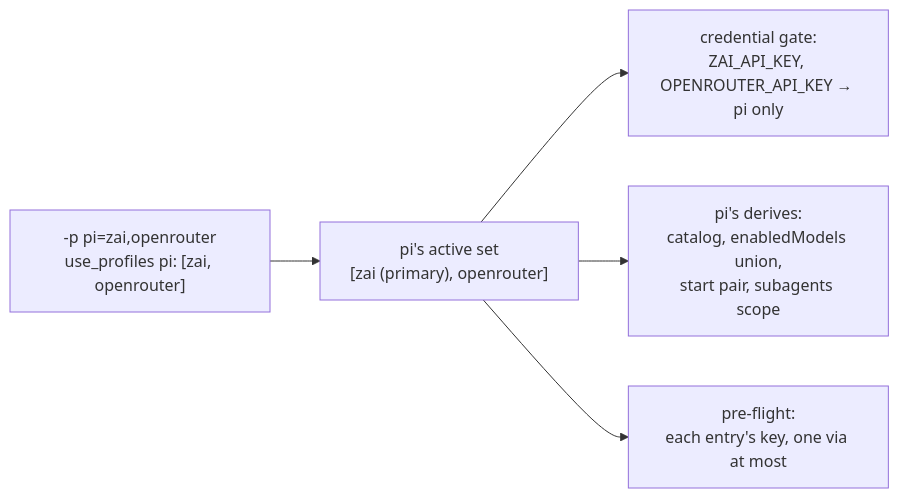
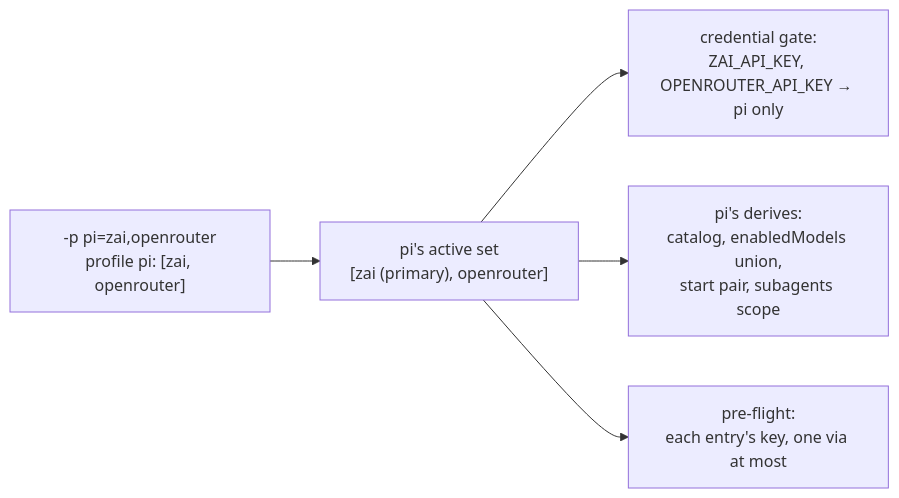
The diagram in docs/design/active-provider-sets.md (mschulkind-oss/yolo-jail), drawn with Mermaid before and after one commit. The commit also changed other lines of this file and 7 other files, not shown here.

First line of the commit message:
docs: spell the active set on the profile key, and record it as the key's list form (AP-D13, AP-D14, PP-D10)

````diff
--- a/docs/design/active-provider-sets.md
+++ b/docs/design/active-provider-sets.md
@@ -136,7 +139,7 @@
 ```mermaid
 flowchart LR
-    sel["-p pi=zai,openrouter<br/>use_profiles pi: [zai, openrouter]"] --> set["pi's active set<br/>[zai (primary), openrouter]"]
+    sel["-p pi=zai,openrouter<br/>profile pi: [zai, openrouter]"] --> set["pi's active set<br/>[zai (primary), openrouter]"]
     set --> gate["credential gate:<br/>ZAI_API_KEY, OPENROUTER_API_KEY → pi only"]
     set --> derive["pi's derives:<br/>catalog, enabledModels union,<br/>start pair, subagents scope"]
     set --> check["pre-flight:<br/>each entry's key, one via at most"]
 ```
````
